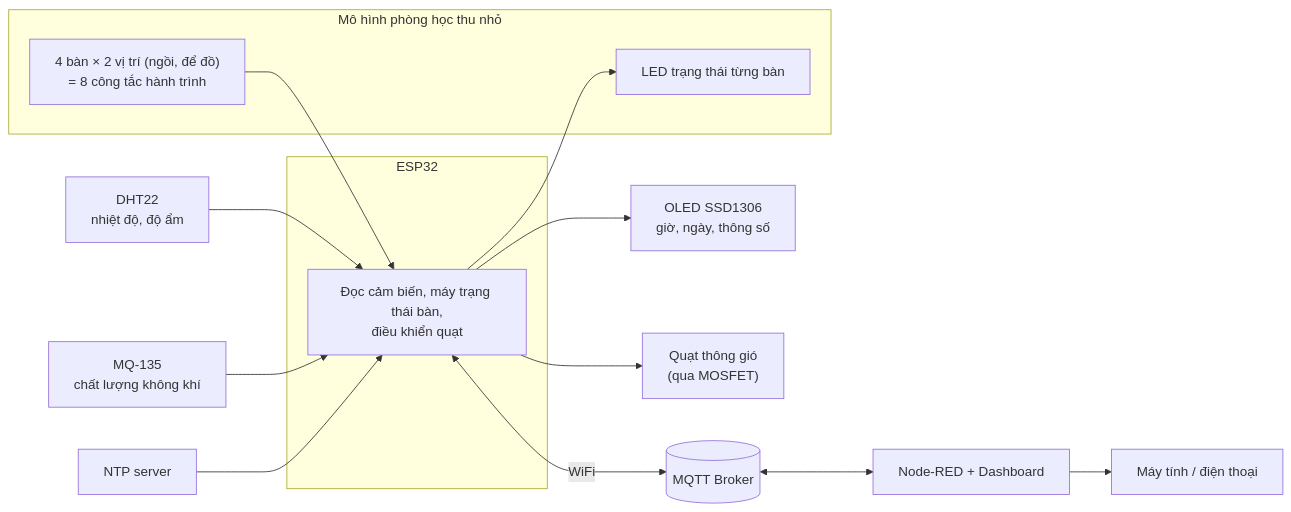
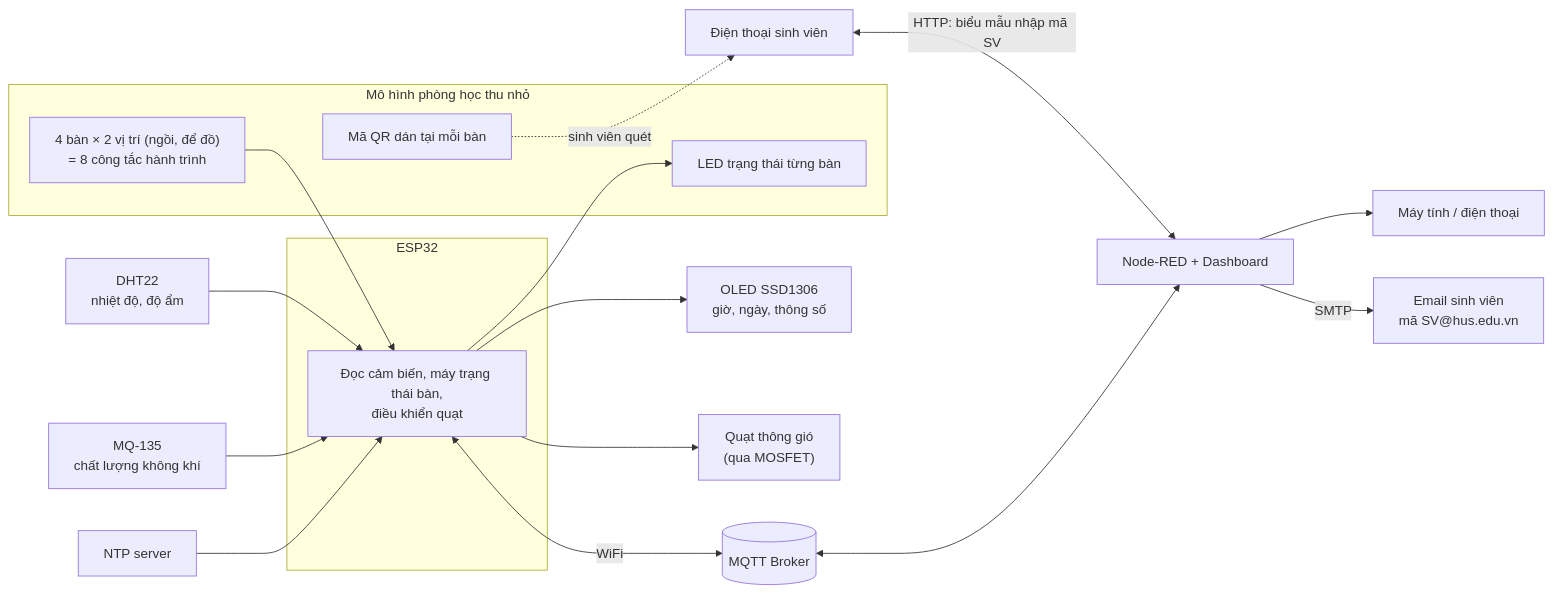
Before and after one commit to binhpro264/Smart-Self-Study-Room: the first of 3 diagrams in README.md, drawn with Mermaid. The commit also changed other lines of this file, not shown here.

````diff
--- a/README.md
+++ b/README.md
@@ -42,20 +49,24 @@
 ```mermaid
 flowchart LR
     subgraph ROOM["Mô hình phòng học thu nhỏ"]
         DESKS["4 bàn × 2 vị trí (ngồi, để đồ)<br/>= 8 công tắc hành trình"]
         LEDS["LED trạng thái từng bàn"]
+        QR["Mã QR dán tại mỗi bàn"]
     end
     subgraph ESP["ESP32"]
         MCU["Đọc cảm biến, máy trạng thái bàn,<br/>điều khiển quạt"]
     end
     DHT["DHT22<br/>nhiệt độ, độ ẩm"] --> MCU
     MQ["MQ-135<br/>chất lượng không khí"] --> MCU
     DESKS --> MCU
     MCU --> LEDS
     MCU --> OLED["OLED SSD1306<br/>giờ, ngày, thông số"]
     MCU --> FAN["Quạt thông gió<br/>(qua MOSFET)"]
     NTP["NTP server"] --> MCU
     MCU <-->|WiFi| BROKER[("MQTT Broker")]
     BROKER <--> NR["Node-RED + Dashboard"]
     NR --> UI["Máy tính / điện thoại"]
+    QR -.->|sinh viên quét| PHONE["Điện thoại sinh viên"]
+    PHONE <-->|"HTTP: biểu mẫu nhập mã SV"| NR
+    NR -->|SMTP| MAIL["Email sinh viên<br/>mã SV@hus.edu.vn"]
 ```
````
